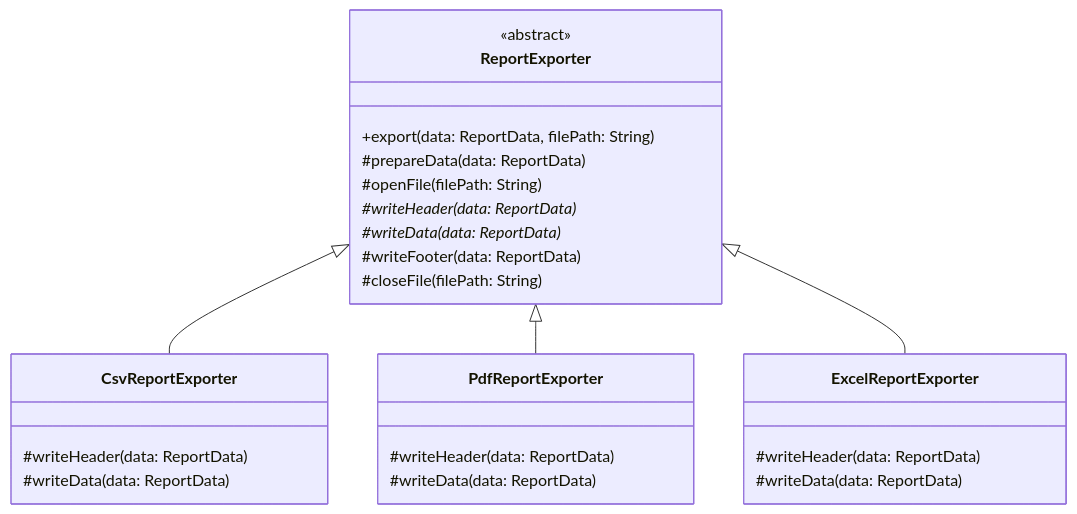
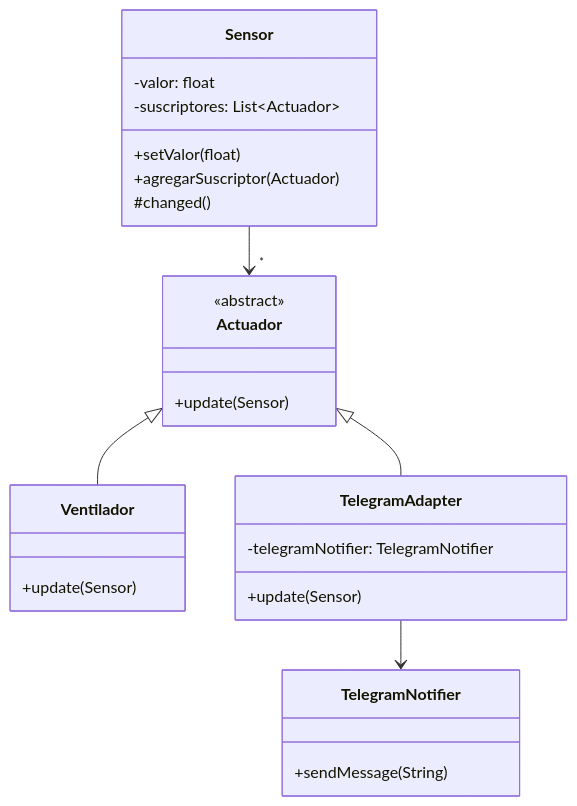
One commit to auwus21/Facultad-Informatica-UNLP changed the second of 3 diagrams in OO2/Teoria/Resumenes/Clase3.md. Above: the diagram before and after it, drawn with Mermaid. The commit also changed other lines of this file and 34 other files, not shown here.

````diff
--- a/OO2/Teoria/Resumenes/Clase3.md
+++ b/OO2/Teoria/Resumenes/Clase3.md
@@ -278,29 +62,29 @@
 ```mermaid
 classDiagram
-    class ReportExporter {
+    class Sensor {
+        -valor: float
+        -suscriptores: List~Actuador~
+        +setValor(float)
+        +agregarSuscriptor(Actuador)
+        #changed()
+    }
+    class Actuador {
         <<abstract>>
-        +export(data: ReportData, filePath: String)
-        #prepareData(data: ReportData)
-        #openFile(filePath: String)
-        #writeHeader(data: ReportData)*
-        #writeData(data: ReportData)*
-        #writeFooter(data: ReportData)
-        #closeFile(filePath: String)
+        +update(Sensor)
     }
-    class CsvReportExporter {
-        #writeHeader(data: ReportData)
-        #writeData(data: ReportData)
+    class Ventilador {
+        +update(Sensor)
     }
-    class PdfReportExporter {
-        #writeHeader(data: ReportData)
-        #writeData(data: ReportData)
+    class TelegramAdapter {
+        -telegramNotifier: TelegramNotifier
+        +update(Sensor)
     }
-    class ExcelReportExporter {
-        #writeHeader(data: ReportData)
-        #writeData(data: ReportData)
+    class TelegramNotifier {
+        +sendMessage(String)
     }
 
-    ReportExporter <|-- CsvReportExporter
-    ReportExporter <|-- PdfReportExporter
-    ReportExporter <|-- ExcelReportExporter
+    Sensor --> "*" Actuador
+    Actuador <|-- Ventilador
+    Actuador <|-- TelegramAdapter
+    TelegramAdapter --> TelegramNotifier
 ```
````
